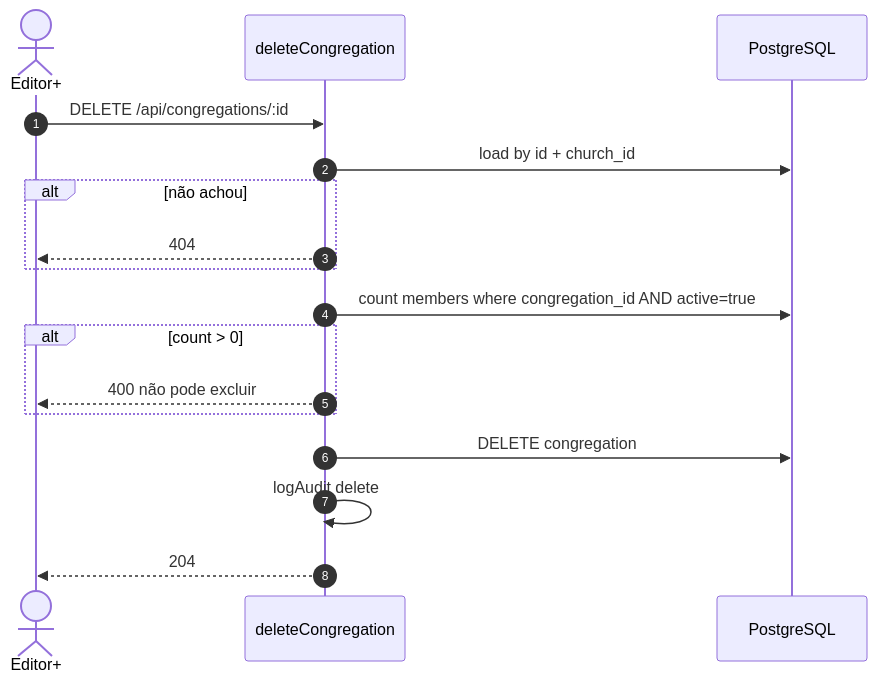
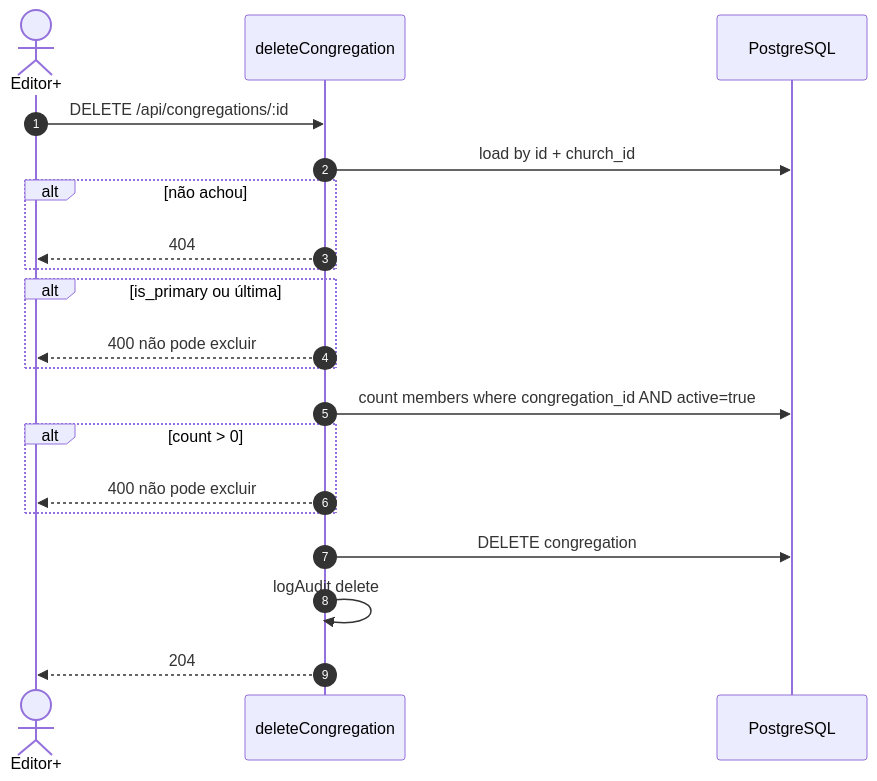
The second of 5 diagrams in docs/04_modulos/congregacoes.md (vinic-asouza/flock), drawn with Mermaid before and after one commit. The commit also changed other lines of this file and 85 other files, not shown here.

````diff
--- a/docs/04_modulos/congregacoes.md
+++ b/docs/04_modulos/congregacoes.md
@@ -223,20 +231,23 @@
 ```mermaid
 sequenceDiagram
   autonumber
   actor U as Editor+
   participant API as deleteCongregation
   participant DB as PostgreSQL
 
   U->>API: DELETE /api/congregations/:id
   API->>DB: load by id + church_id
   alt não achou
     API-->>U: 404
   end
+  alt is_primary ou última
+    API-->>U: 400 não pode excluir
+  end
   API->>DB: count members where congregation_id AND active=true
   alt count > 0
     API-->>U: 400 não pode excluir
   end
   API->>DB: DELETE congregation
   API->>API: logAudit delete
   API-->>U: 204
 ```
````
